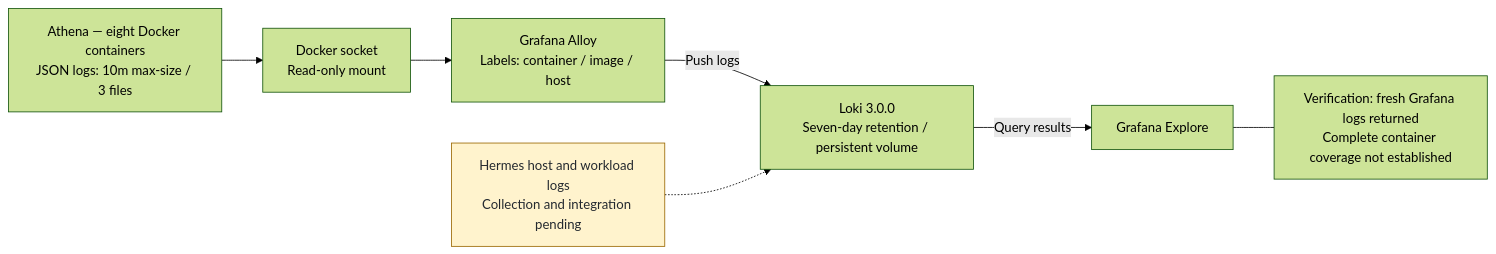
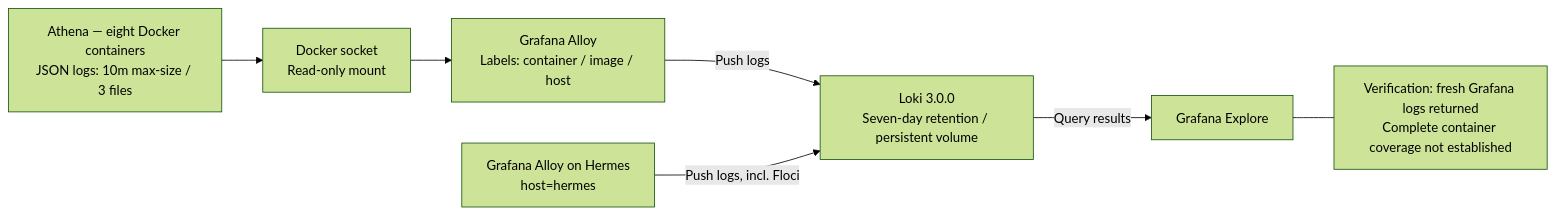
The diagram in diagrams/logging-flow.mmd (SwapnajXD/HomeLab), drawn with Mermaid (forest theme) before and after one commit. The commit also changed 18 other files, not shown here.

Commit message:
docs: finalize September 14 homelab baseline and diagrams

```diff
--- a/diagrams/logging-flow.mmd
+++ b/diagrams/logging-flow.mmd
@@ -1,15 +1,13 @@
-%% Olympus V2 — operator-reported baseline 2026-09-12; no new live audit.
+%% Olympus V2 — operator-reported baseline 2026-09-12 with 2026-09-14 continuation; no new live audit.
 flowchart LR
     Docker["Athena — eight Docker containers<br/>JSON logs: 10m max-size / 3 files"]
     Socket["Docker socket<br/>Read-only mount"]
     Alloy["Grafana Alloy<br/>Labels: container / image / host"]
     Loki["Loki 3.0.0<br/>Seven-day retention / persistent volume"]
     Grafana["Grafana Explore"]
     Docker --> Socket --> Alloy
     Alloy -->|Push logs| Loki
     Loki -->|Query results| Grafana
     Evidence["Verification: fresh Grafana logs returned<br/>Complete container coverage not established"]
     Grafana --- Evidence
-    Hermes["Hermes host and workload logs<br/>Collection and integration pending"] -.-> Loki
-    classDef pending fill:#fff3cd,stroke:#9a6700,color:#24292f;
-    class Hermes pending;
+    HermesAlloy["Grafana Alloy on Hermes<br/>host=hermes"] -->|Push logs, incl. Floci| Loki
```
